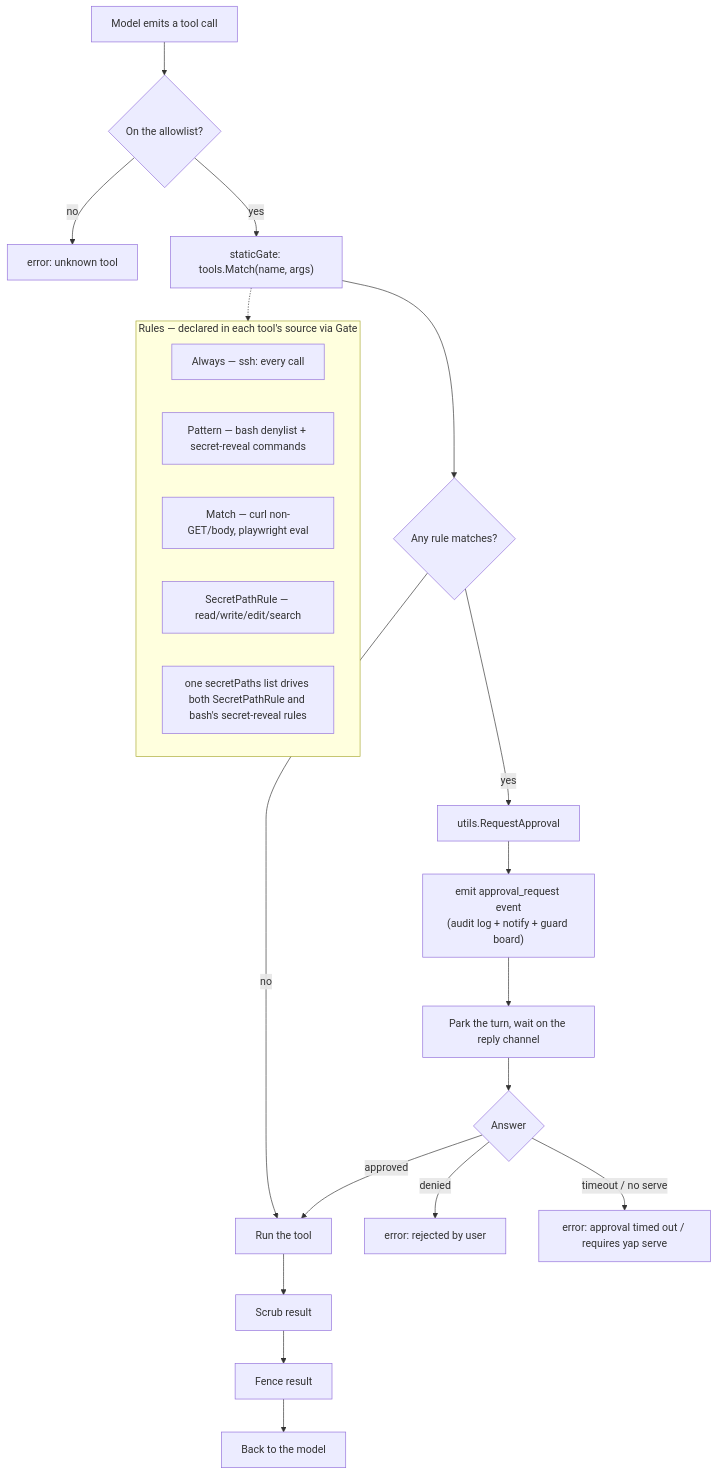
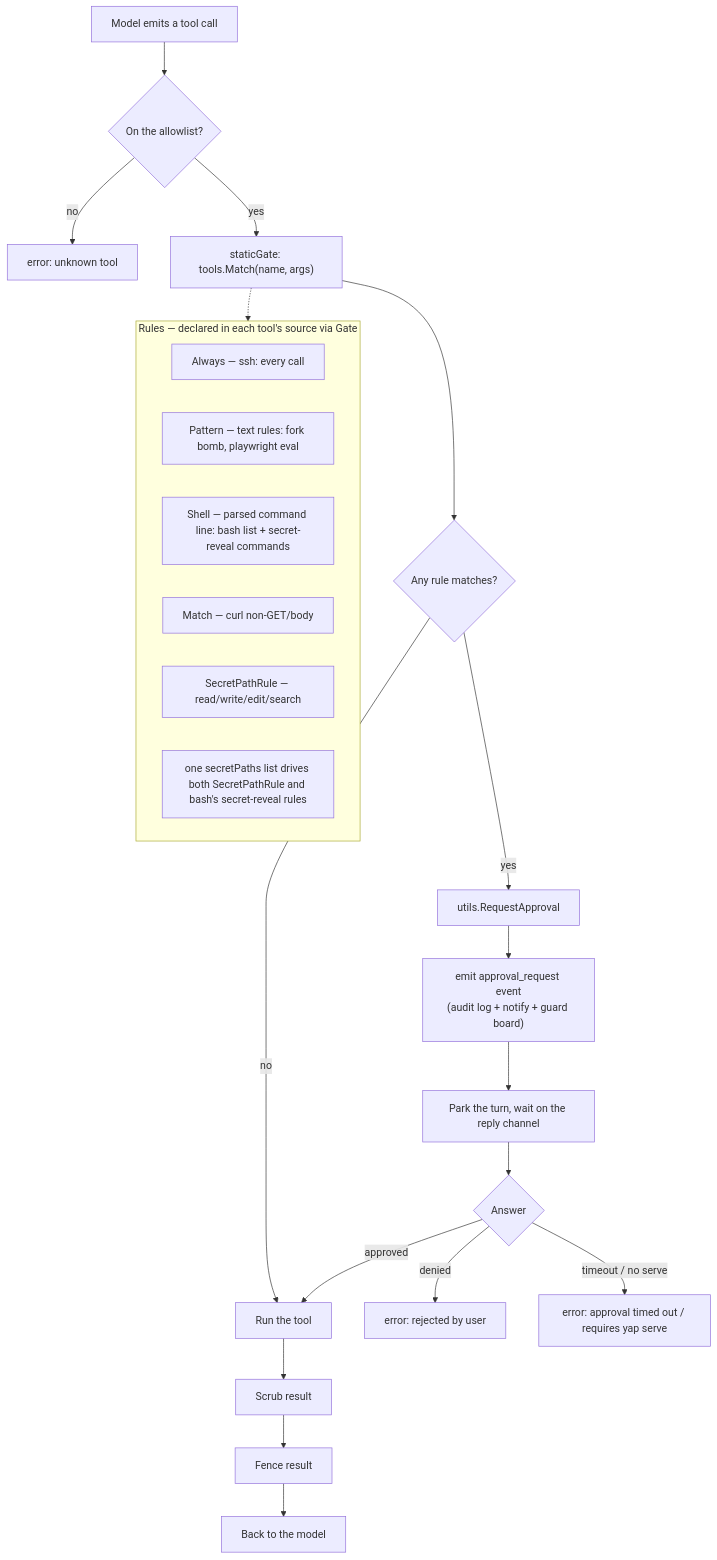
The second of 3 diagrams in CONTRIBUTING.md (noisesfromspace/yap), drawn with Mermaid before and after one commit. The commit also changed other lines of this file and 16 other files, not shown here.

````diff
--- a/CONTRIBUTING.md
+++ b/CONTRIBUTING.md
@@ -454,28 +475,29 @@
 ```mermaid
 flowchart TD
     A[Model emits a tool call] --> B{On the allowlist?}
     B -- no --> E1["error: unknown tool"]
     B -- yes --> C["staticGate: tools.Match(name, args)"]
 
     C --> D{Any rule matches?}
     D -- no --> R[Run the tool]
     D -- yes --> G[utils.RequestApproval]
 
     G --> G1["emit approval_request event<br/>(audit log + notify + guard board)"]
     G1 --> G2[Park the turn, wait on the reply channel]
     G2 --> A1{Answer}
     A1 -- approved --> R
     A1 -- denied --> E2["error: <tool> rejected by user"]
     A1 -- timeout / no serve --> E3["error: approval timed out / requires yap serve"]
 
     R --> S[Scrub result] --> F[Fence result] --> M[Back to the model]
 
     subgraph Rules[Rules — declared in each tool's source via Gate]
         RL[Always — ssh: every call]
-        RP[Pattern — bash denylist + secret-reveal commands]
-        RF[Match — curl non-GET/body, playwright eval]
+        RP[Pattern — text rules: fork bomb, playwright eval]
+        RSh["Shell — parsed command line: bash list + secret-reveal commands"]
+        RF[Match — curl non-GET/body]
         RS[SecretPathRule — read/write/edit/search]
         RS2["one secretPaths list drives both SecretPathRule and bash's secret-reveal rules"]
     end
     C -.-> Rules
 ```
````
